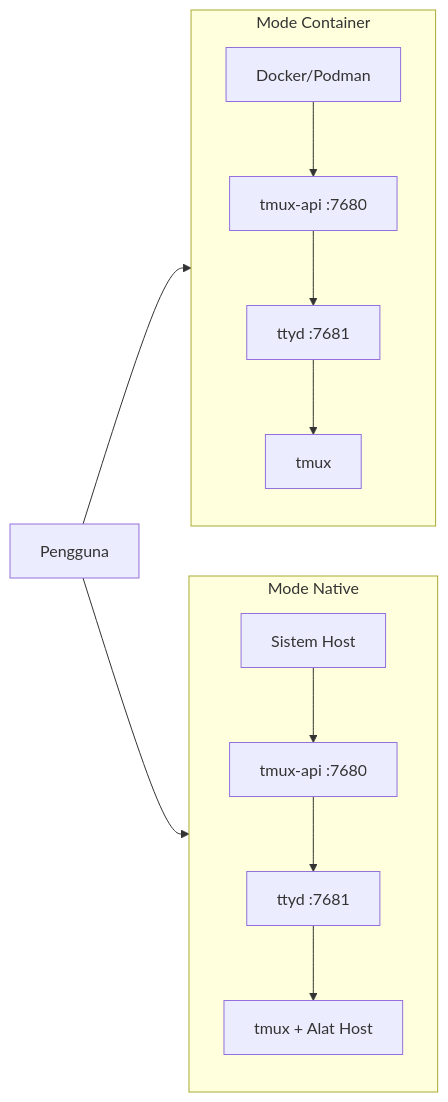
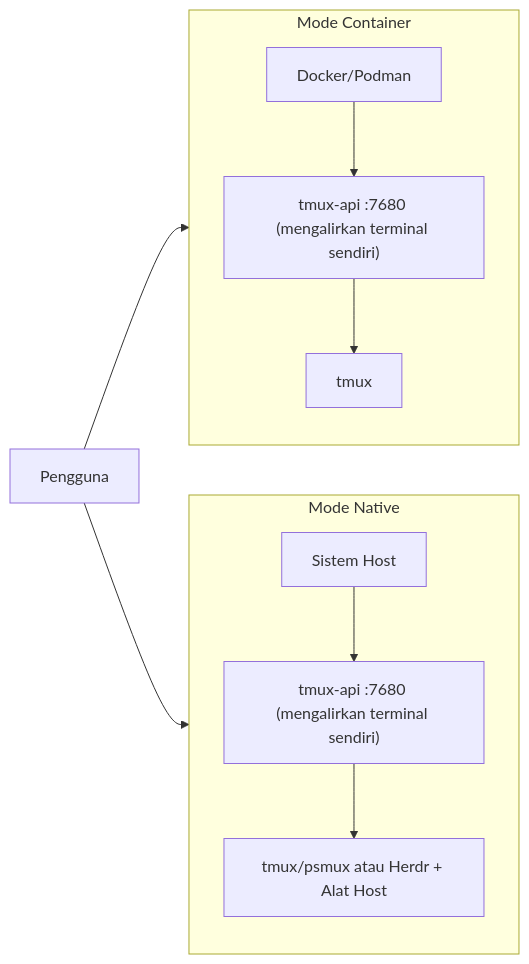
The second of 2 diagrams in README.id.md (lamngockhuong/termote), drawn with Mermaid before and after one commit. The commit also changed other lines of this file and 16 other files, not shown here.

````diff
--- a/README.id.md
+++ b/README.id.md
@@ -219,14 +224,14 @@
 ```mermaid
 flowchart LR
     subgraph Container["Mode Container"]
         direction TB
-        C1["Docker/Podman"] --> C2["tmux-api :7680"] --> C3["ttyd :7681"] --> C4["tmux"]
+        C1["Docker/Podman"] --> C2["tmux-api :7680 (mengalirkan terminal sendiri)"] --> C3["tmux"]
     end
 
     subgraph Native["Mode Native"]
         direction TB
-        N1["Sistem Host"] --> N2["tmux-api :7680"] --> N3["ttyd :7681"] --> N4["tmux + Alat Host"]
+        N1["Sistem Host"] --> N2["tmux-api :7680 (mengalirkan terminal sendiri)"] --> N3["tmux/psmux atau Herdr + Alat Host"]
     end
 
     User["Pengguna"] --> Container & Native
 ```
````
